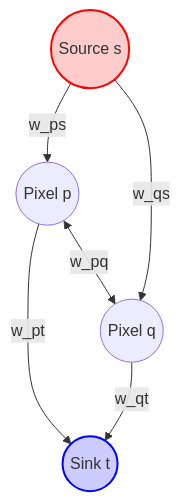
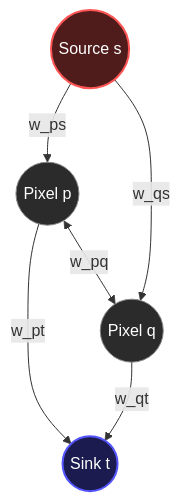
The first of 3 diagrams in Aplicações/Segmentação de Imagens/SEGMENTATION.md (GabrielFrigo4/networks-flow), drawn with Mermaid before and after one commit. The commit also changed other lines of this file, not shown here.

````diff
--- a/Aplicações/Segmentação de Imagens/SEGMENTATION.md
+++ b/Aplicações/Segmentação de Imagens/SEGMENTATION.md
@@ -44,18 +44,20 @@
 ```mermaid
 graph TD
     s((Source s))
     t((Sink t))
     p1((Pixel p))
     p2((Pixel q))
 
     s -->|w_ps| p1
     p1 -->|w_pt| t
     
     s -->|w_qs| p2
     p2 -->|w_qt| t
 
     p1 <-->|w_pq| p2
 
-    style s fill:#ffcccc,stroke:#ff0000,stroke-width:2px
-    style t fill:#ccccff,stroke:#0000ff,stroke-width:2px
+    style s fill:#501b1b,stroke:#ff5555,stroke-width:2px,color:#ffffff
+    style t fill:#1b1b50,stroke:#5555ff,stroke-width:2px,color:#ffffff
+    style p1 fill:#2b2b2b,stroke:#888888,stroke-width:1px,color:#ffffff
+    style p2 fill:#2b2b2b,stroke:#888888,stroke-width:1px,color:#ffffff
 ```
````
